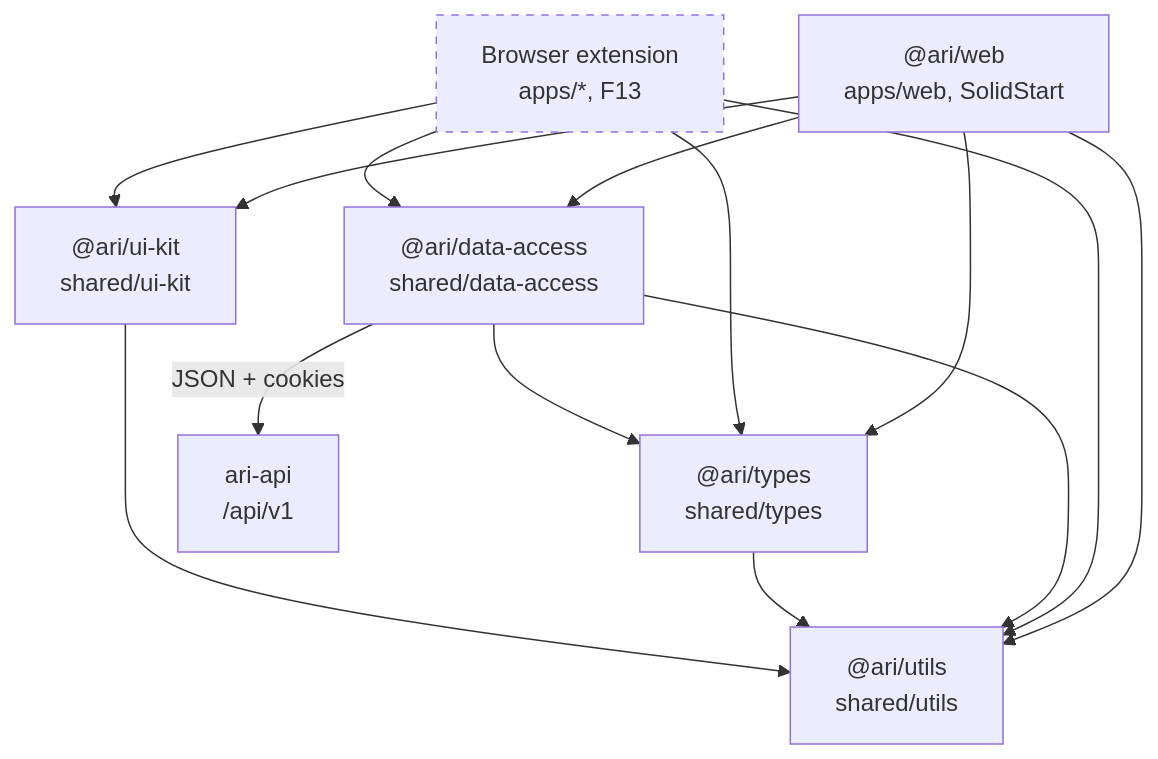
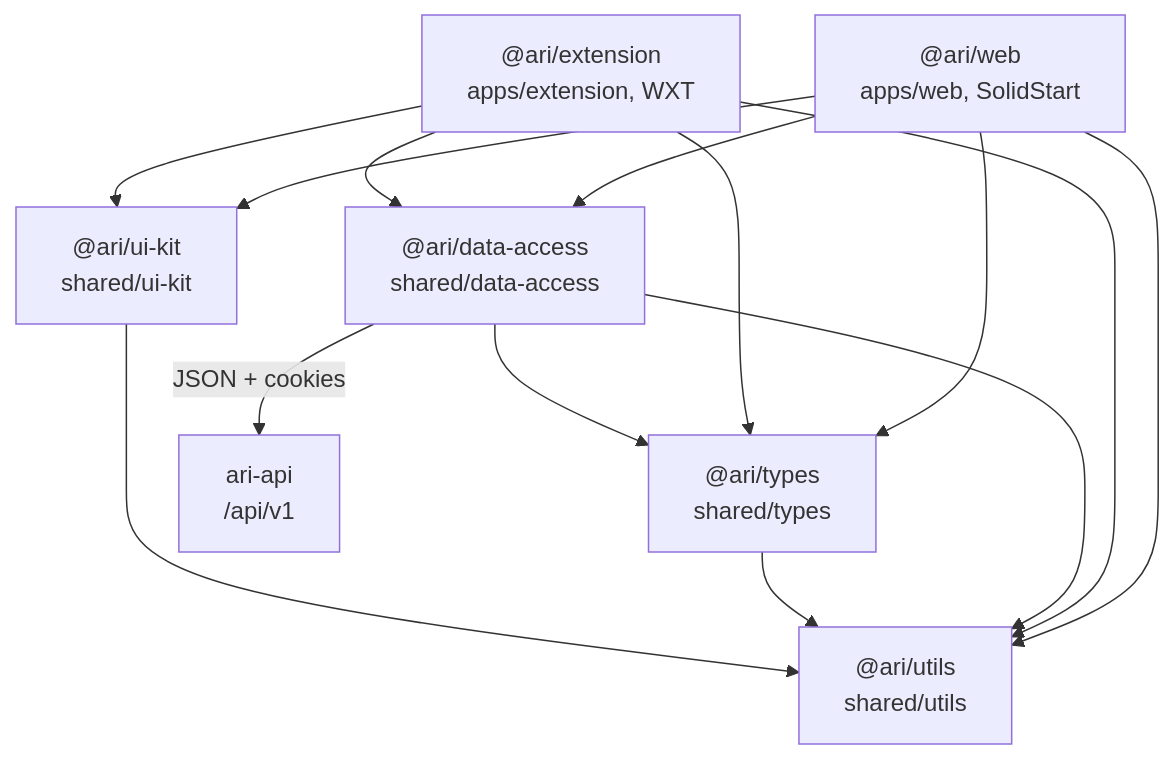
Before and after one commit to salimsalimzade/ari: the second of 2 diagrams in docs/architecture.md, drawn with Mermaid. The commit also changed other lines of this file and 101 other files, not shown here.

````diff
--- a/docs/architecture.md
+++ b/docs/architecture.md
@@ -73,27 +82,24 @@
 ```mermaid
 flowchart TD
   web["@ari/web<br/>apps/web, SolidStart"]
-  ext["Browser extension<br/>apps/*, F13"]
+  ext["@ari/extension<br/>apps/extension, WXT"]
   da["@ari/data-access<br/>shared/data-access"]
   types["@ari/types<br/>shared/types"]
   ui["@ari/ui-kit<br/>shared/ui-kit"]
   utils["@ari/utils<br/>shared/utils"]
   api["ari-api<br/>/api/v1"]
 
   web --> da
   web --> types
   web --> ui
   web --> utils
   ext --> da
   ext --> types
   ext --> ui
   ext --> utils
   da --> types
   da --> utils
   types --> utils
   ui --> utils
   da -- "JSON + cookies" --> api
-
-  classDef later stroke-dasharray: 5 5
-  class ext later
 ```
````
